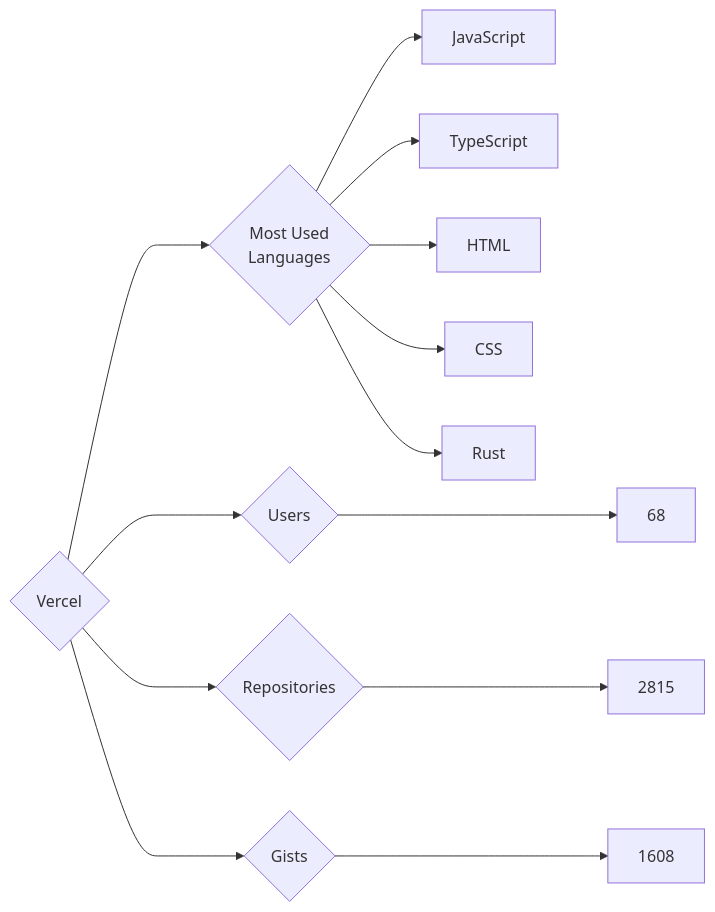
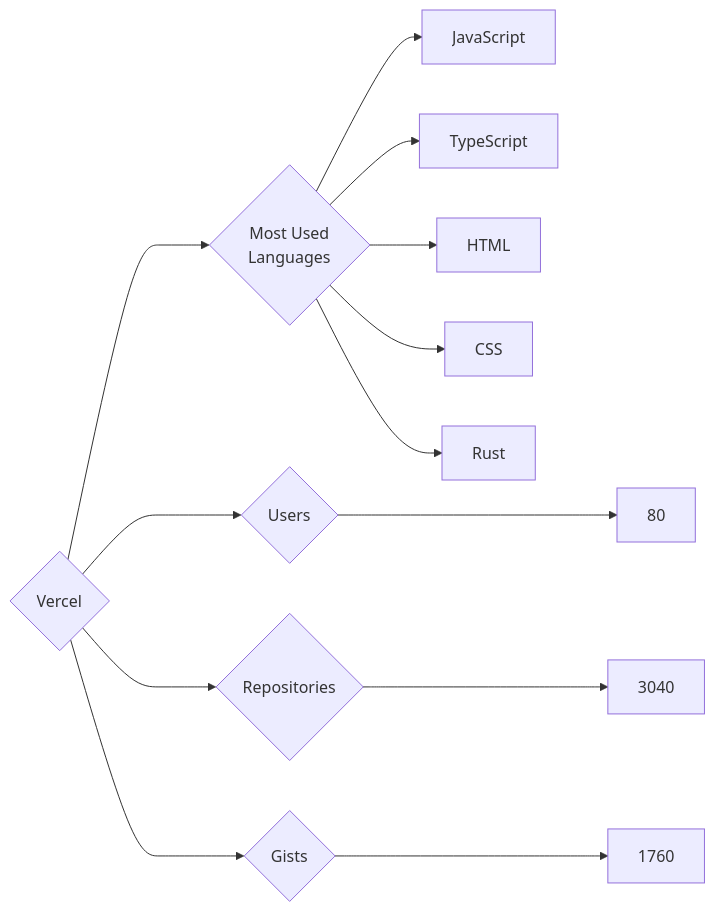
The diagram in targets/Vercel/README.md (trickest/insiders), drawn with Mermaid before and after one commit. The commit also changed 835 other files, not shown here.

````diff
--- a/targets/Vercel/README.md
+++ b/targets/Vercel/README.md
@@ -3,13 +3,13 @@
 ```mermaid
 graph LR
 COMPANY_NAME{Vercel}
-COMPANY_NAME ---> U{Users} ---> UN[68]
-COMPANY_NAME ---> R{Repositories} ---> RN[2815]
-COMPANY_NAME ---> G{Gists} ---> GN[1608]
+COMPANY_NAME ---> U{Users} ---> UN[80]
+COMPANY_NAME ---> R{Repositories} ---> RN[3040]
+COMPANY_NAME ---> G{Gists} ---> GN[1760]
 COMPANY_NAME ---> ML{Most Used<br>Languages}
 ML --> JavaScript[JavaScript]
 ML --> TypeScript[TypeScript]
 ML --> HTML[HTML]
 ML --> CSS[CSS]
 ML --> Rust[Rust]
 ```
````
